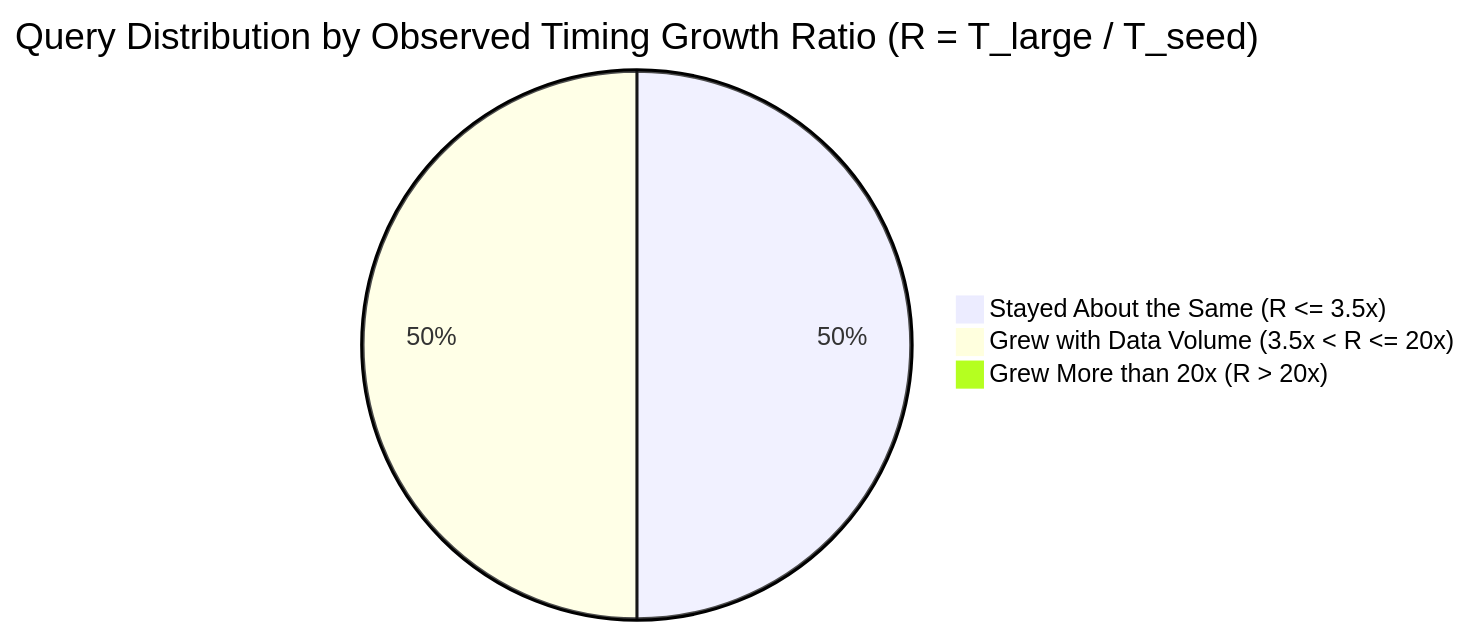
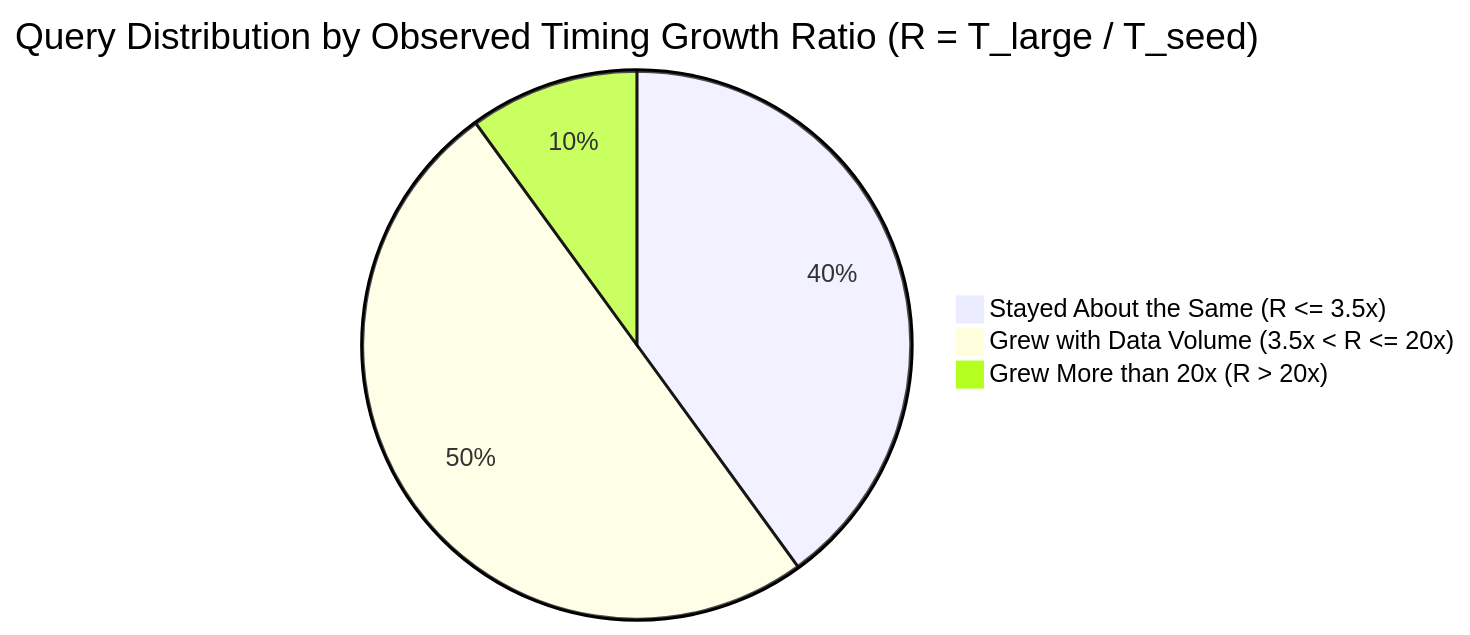
One commit to sakshamkachhawaha/DE_Project_2026 changed the first of 3 diagrams in docs/05_scalability_report.md. Above: the diagram before and after it, drawn with Mermaid. The commit also changed other lines of this file and 40 other files, not shown here.

````diff
--- a/docs/05_scalability_report.md
+++ b/docs/05_scalability_report.md
@@ -138,6 +138,6 @@
 ```mermaid
 pie title Query Distribution by Observed Timing Growth Ratio (R = T_large / T_seed)
-    "Stayed About the Same (R <= 3.5x)" : 15
+    "Stayed About the Same (R <= 3.5x)" : 12
     "Grew with Data Volume (3.5x < R <= 20x)" : 15
-    "Grew More than 20x (R > 20x)" : 0
+    "Grew More than 20x (R > 20x)" : 3
 ```
````
